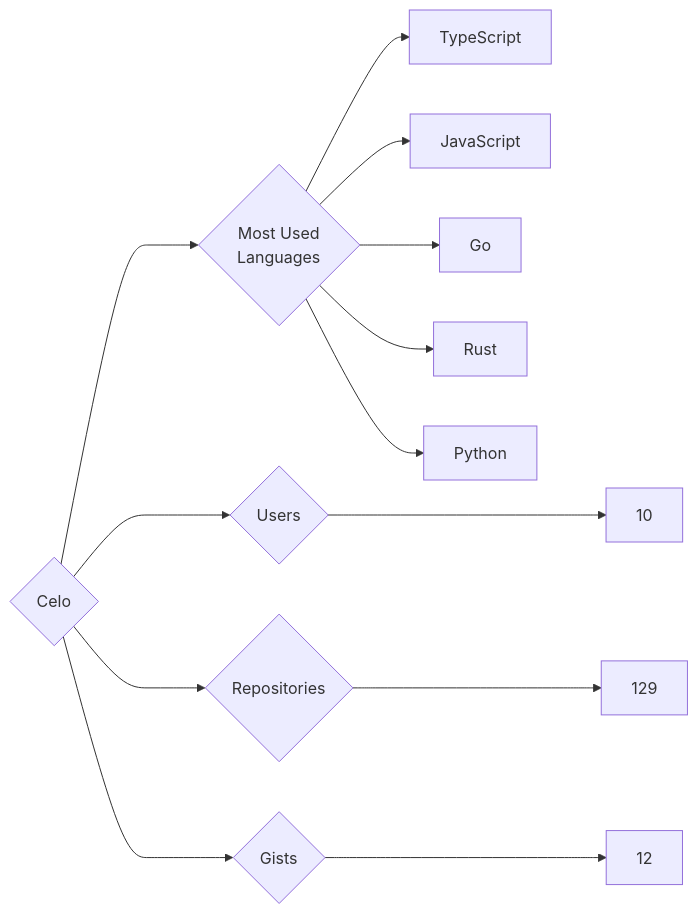
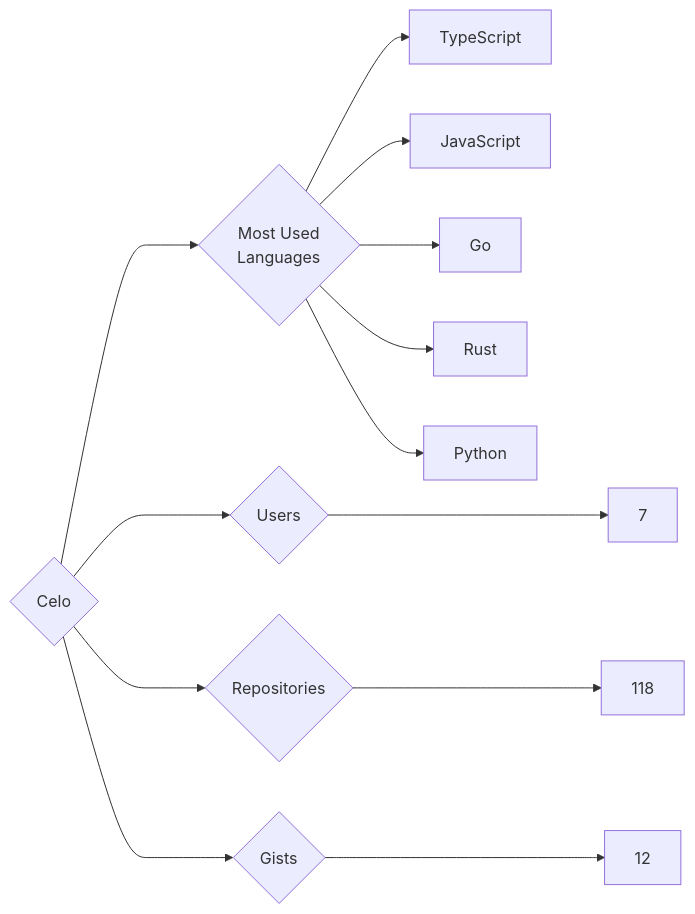
Before and after one commit to trickest/insiders: the diagram in targets/Celo/README.md, drawn with Mermaid. The commit also changed 745 other files, not shown here.

````diff
--- a/targets/Celo/README.md
+++ b/targets/Celo/README.md
@@ -3,13 +3,13 @@
 ```mermaid
 graph LR
 COMPANY_NAME{Celo}
-COMPANY_NAME ---> U{Users} ---> UN[10]
-COMPANY_NAME ---> R{Repositories} ---> RN[129]
+COMPANY_NAME ---> U{Users} ---> UN[7]
+COMPANY_NAME ---> R{Repositories} ---> RN[118]
 COMPANY_NAME ---> G{Gists} ---> GN[12]
 COMPANY_NAME ---> ML{Most Used<br>Languages}
 ML --> TypeScript[TypeScript]
 ML --> JavaScript[JavaScript]
 ML --> Go[Go]
 ML --> Rust[Rust]
 ML --> Python[Python]
 ```
````
